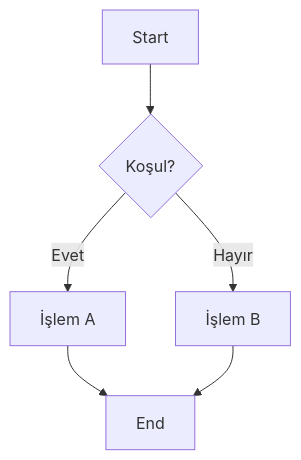
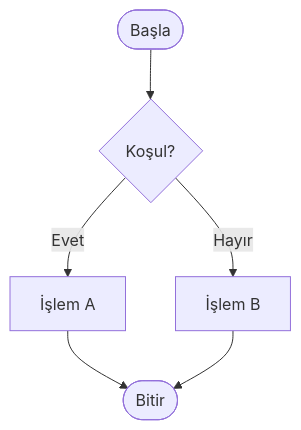
Before and after one commit to abdullatifkaban/Algorithm: the sixth of 6 diagrams in Topics/01-What-Is-Algorithm.md, drawn with Mermaid. The commit also changed other lines of this file and 23 other files, not shown here.

````diff
--- a/Topics/01-What-Is-Algorithm.md
+++ b/Topics/01-What-Is-Algorithm.md
@@ -261,8 +212,8 @@
 ```mermaid
 flowchart TD
-    A[Start] --> B{Koşul?}
+    A([Başla]) --> B{Koşul?}
     B -->|Evet| C[İşlem A]
     B -->|Hayır| D[İşlem B]
-    C --> E[End]
+    C --> E([Bitir])
     D --> E
 ```
````
